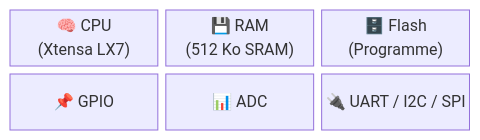
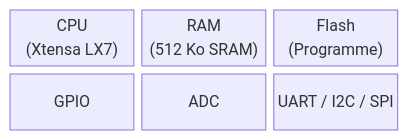
One commit to Makerspace-Amiens/makerspace-doc changed the diagram in _workshops/microcontroleur/concepts/architecture-microcontroleur.md. Above: the diagram before and after it, drawn with Mermaid. The commit also changed other lines of this file and 5 other files, not shown here.

First line of the commit message:
feat(workshop/microcontroleur): expand architecture and GPIO concepts

````diff
--- a/_workshops/microcontroleur/concepts/architecture-microcontroleur.md
+++ b/_workshops/microcontroleur/concepts/architecture-microcontroleur.md
@@ -28,6 +28,6 @@
 ```mermaid
 block-beta
   columns 3
-  CPU["🧠 CPU\n(Xtensa LX7)"] RAM["💾 RAM\n(512 Ko SRAM)"] FLASH["🗄️ Flash\n(Programme)"]
-  GPIO["📌 GPIO"] ADC["📊 ADC"] UART["🔌 UART / I2C / SPI"]
+  CPU["CPU\n(Xtensa LX7)"] RAM["RAM\n(512 Ko SRAM)"] FLASH["Flash\n(Programme)"]
+  GPIO["GPIO"] ADC["ADC"] UART["UART / I2C / SPI"]
 ```
````
